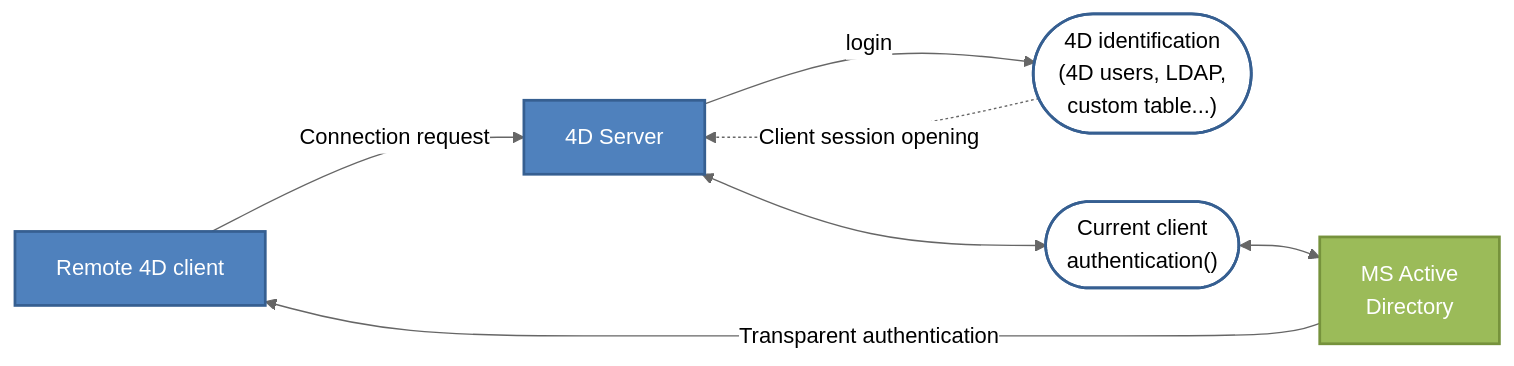
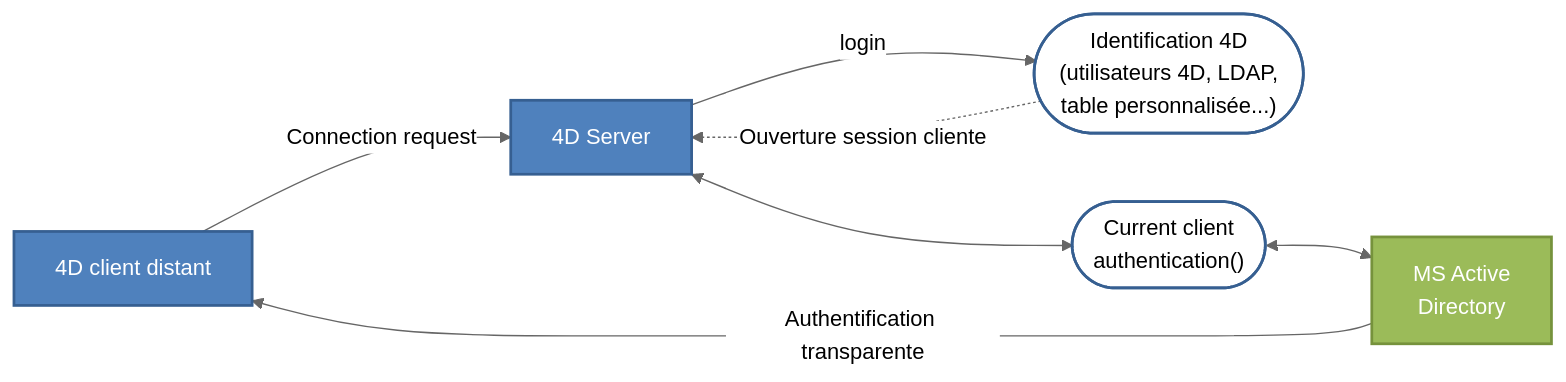
The diagram in i18n/fr/docusaurus-plugin-content-docs/current/server/sso.md (4d/docs), drawn with Mermaid (neutral theme) before and after one commit. The commit also changed other lines of this file and 73 other files, not shown here.

````diff
--- a/i18n/fr/docusaurus-plugin-content-docs/current/server/sso.md
+++ b/i18n/fr/docusaurus-plugin-content-docs/current/server/sso.md
@@ -58,27 +58,27 @@
 ```mermaid
 flowchart LR
 
-    Client["Remote 4D client"]
+    Client["4D client distant"]
     Server["4D Server"]
-    Ident(["4D identification<br/>(4D users, LDAP,<br/>custom table...)"])
+    Ident(["Identification 4D<br/>(utilisateurs 4D, LDAP,<br/>table personnalisée...)"])
 
     Auth(["Current client<br/>authentication()"])
     AD["MS Active<br/>Directory"]
 
     Client -->|Connection request| Server
 
     Server -->|login| Ident
-    Ident -.->|Client session opening| Server
+    Ident -.->|Ouverture session cliente| Server
 
     Server <--> Auth
     Auth <--> AD
 
-    AD -->|Transparent authentication| Client
+    AD -->|Authentification transparente| Client
 
     style Client fill:#4F81BD,color:#fff,stroke:#365F91,stroke-width:2px
     style Server fill:#4F81BD,color:#fff,stroke:#365F91,stroke-width:2px
     style AD fill:#9BBB59,color:#fff,stroke:#76923C,stroke-width:2px
 
     style Auth fill:#ffffff,stroke:#365F91,stroke-width:2px
     style Ident fill:#ffffff,stroke:#365F91,stroke-width:2px
 ```
````
